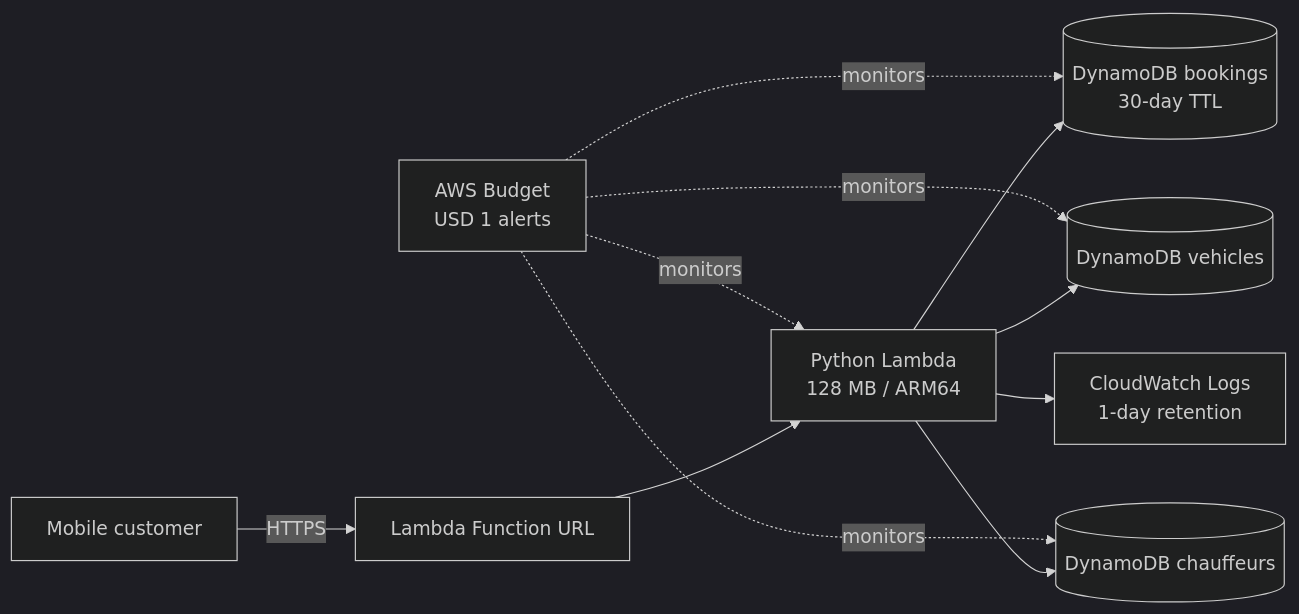
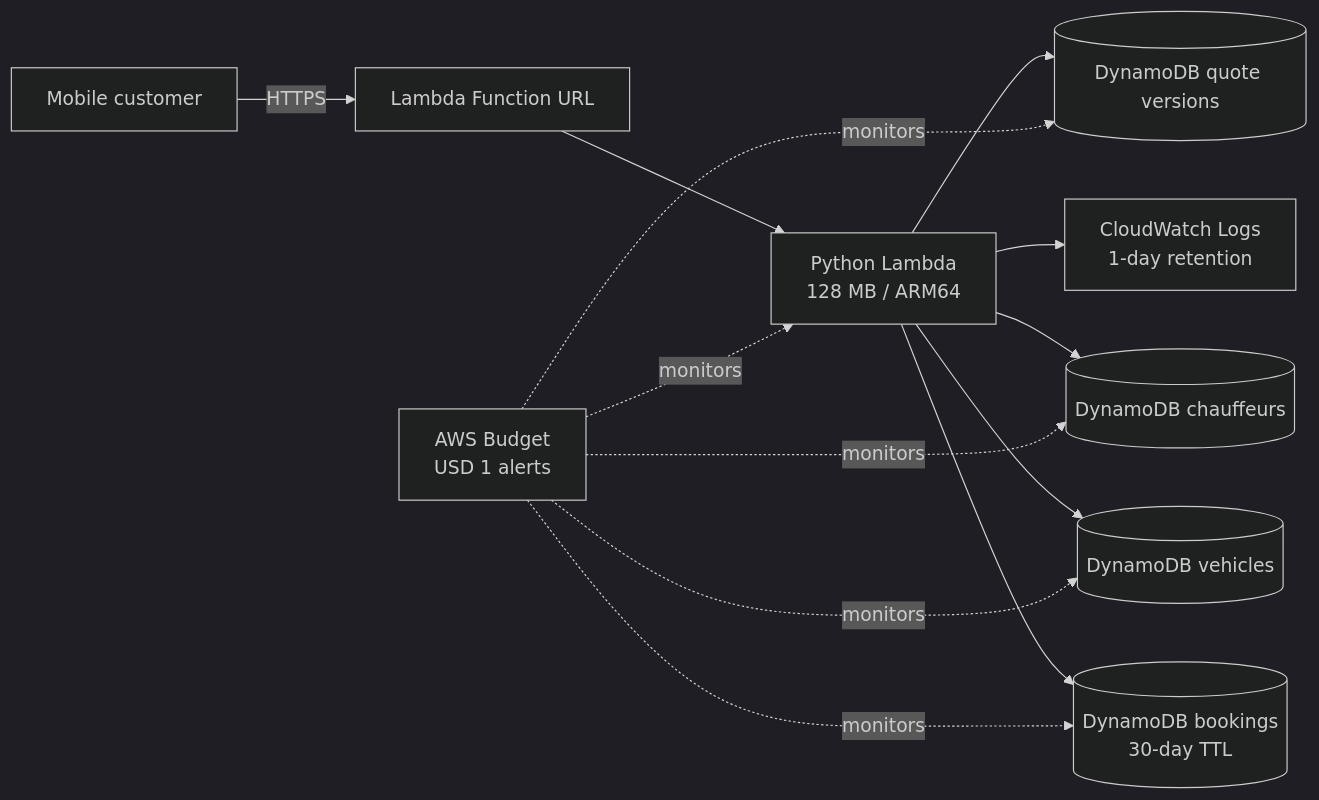
Before and after one commit to ababisoye/car-mobility-platform: the diagram in README.md, drawn with Mermaid (dark theme). The commit also changed other lines of this file and 6 other files, not shown here.

````diff
--- a/README.md
+++ b/README.md
@@ -24,13 +25,15 @@
 ```mermaid
 flowchart LR
     Customer[Mobile customer] -->|HTTPS| URL[Lambda Function URL]
     URL --> Lambda[Python Lambda<br/>128 MB / ARM64]
     Lambda --> Bookings[(DynamoDB bookings<br/>30-day TTL)]
     Lambda --> Vehicles[(DynamoDB vehicles)]
     Lambda --> Chauffeurs[(DynamoDB chauffeurs)]
+    Lambda --> Quotes[(DynamoDB quote versions)]
     Lambda --> Logs[CloudWatch Logs<br/>1-day retention]
     Budget[AWS Budget<br/>USD 1 alerts] -. monitors .-> Lambda
     Budget -. monitors .-> Bookings
     Budget -. monitors .-> Vehicles
     Budget -. monitors .-> Chauffeurs
+    Budget -. monitors .-> Quotes
 ```
````
